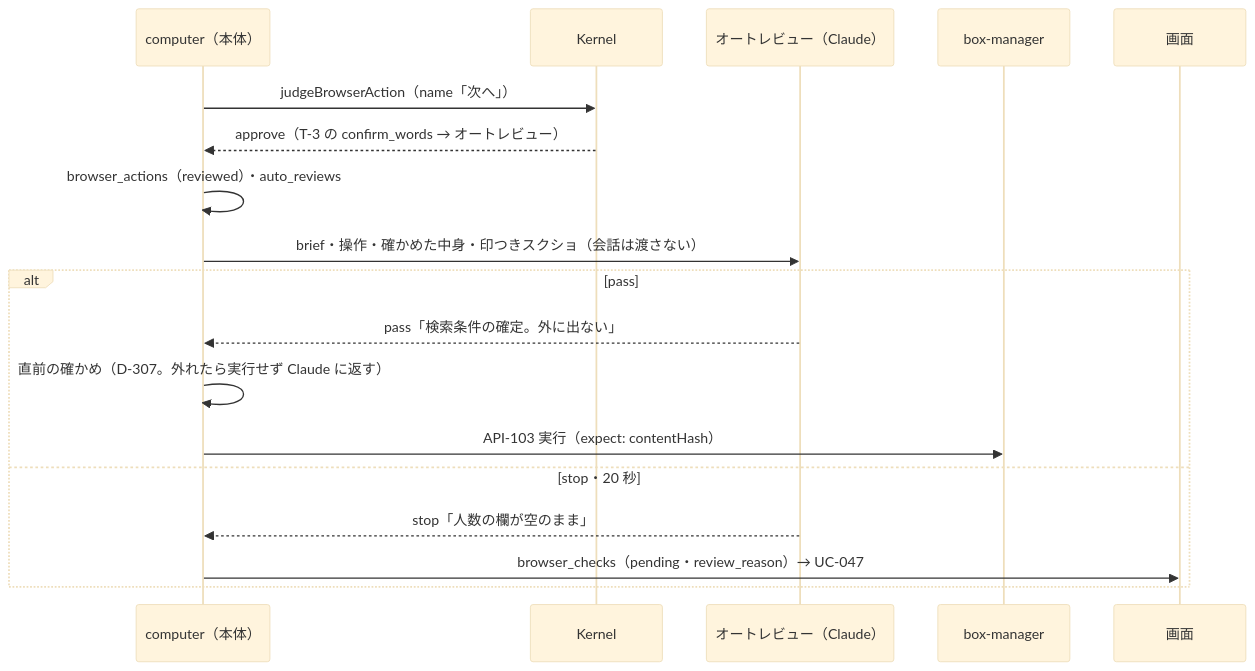
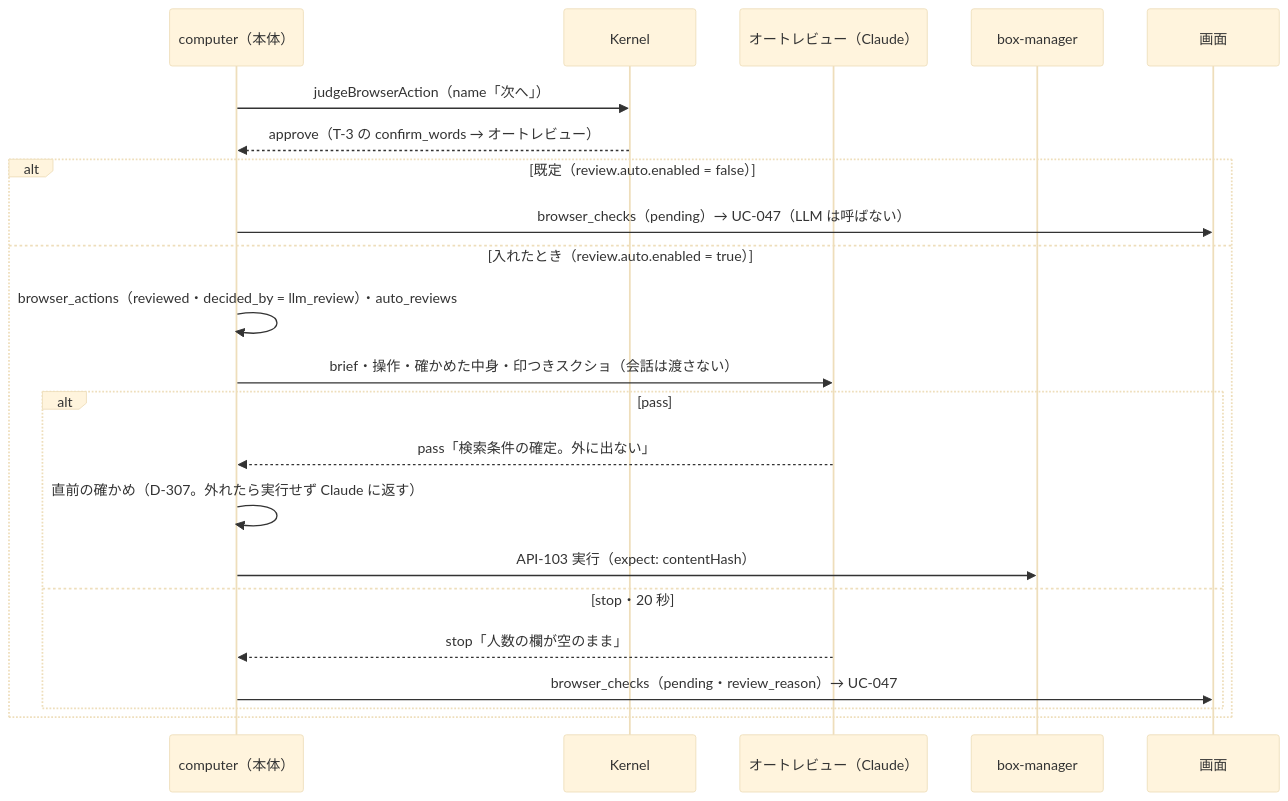
The fifth of 17 diagrams in docs/design/10_diagrams/sequences.md (itiwoja/agent-team), drawn with Mermaid (base theme) before and after one commit. The commit also changed other lines of this file and 39 other files, not shown here.

````diff
--- a/docs/design/10_diagrams/sequences.md
+++ b/docs/design/10_diagrams/sequences.md
@@ -101,20 +102,24 @@
 ```mermaid
 sequenceDiagram
  participant CU as computer（本体）
  participant K as Kernel
  participant AR as オートレビュー（Claude）
  participant BM as box-manager
  participant W as 画面
  CU->>K: judgeBrowserAction（name「次へ」）
  K-->>CU: approve（T-3 の confirm_words → オートレビュー）
- CU->>CU: browser_actions（reviewed）・auto_reviews
- CU->>AR: brief・操作・確かめた中身・印つきスクショ（会話は渡さない）
- alt pass
-  AR-->>CU: pass「検索条件の確定。外に出ない」
-  CU->>CU: 直前の確かめ（D-307。外れたら実行せず Claude に返す）
-  CU->>BM: API-103 実行（expect: contentHash）
- else stop・20 秒
-  AR-->>CU: stop「人数の欄が空のまま」
-  CU->>W: browser_checks（pending・review_reason）→ UC-047
+ alt 既定（review.auto.enabled = false）
+  CU->>W: browser_checks（pending）→ UC-047（LLM は呼ばない）
+ else 入れたとき（review.auto.enabled = true）
+  CU->>CU: browser_actions（reviewed・decided_by = llm_review）・auto_reviews
+  CU->>AR: brief・操作・確かめた中身・印つきスクショ（会話は渡さない）
+  alt pass
+   AR-->>CU: pass「検索条件の確定。外に出ない」
+   CU->>CU: 直前の確かめ（D-307。外れたら実行せず Claude に返す）
+   CU->>BM: API-103 実行（expect: contentHash）
+  else stop・20 秒
+   AR-->>CU: stop「人数の欄が空のまま」
+   CU->>W: browser_checks（pending・review_reason）→ UC-047
+  end
  end
 ```
````
